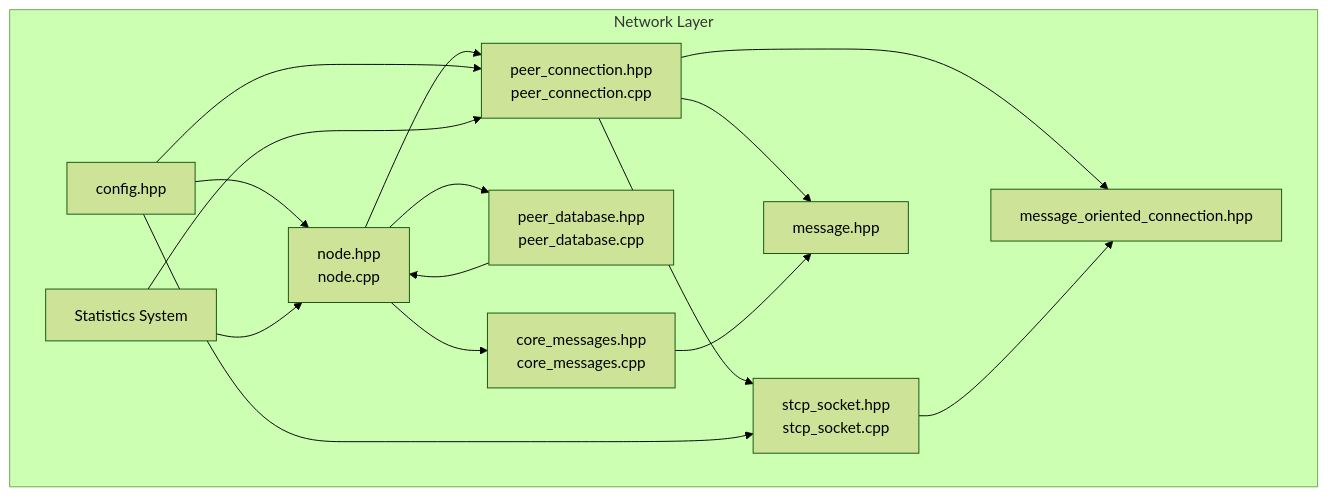
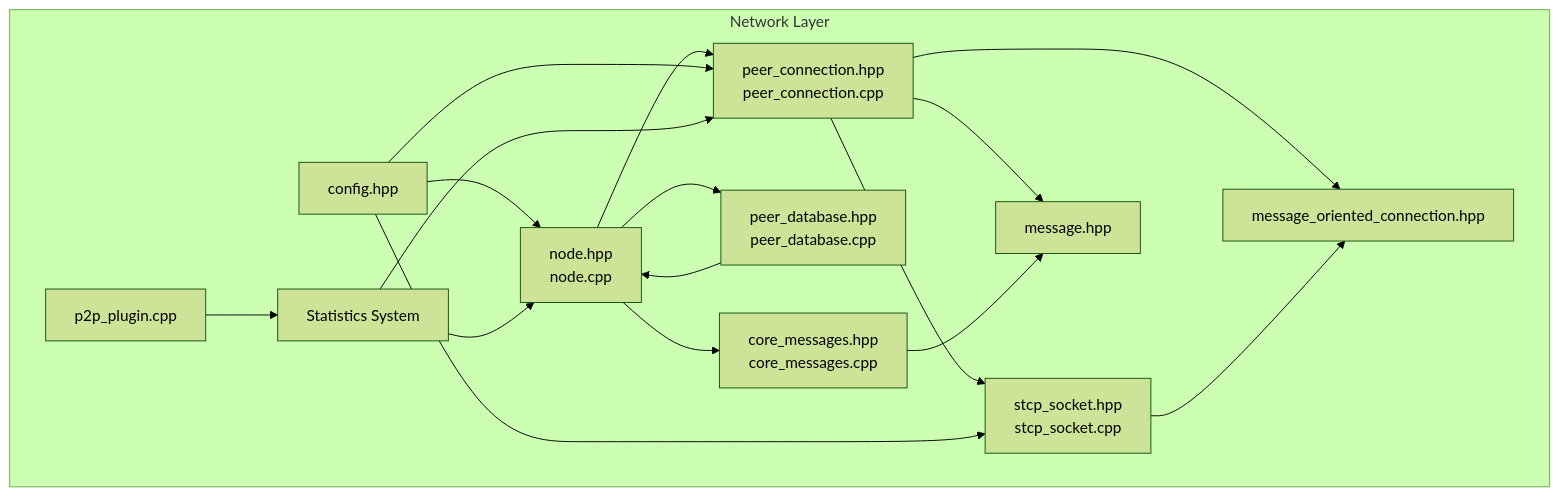
The first of 12 diagrams in .qoder/repowiki/en/content/Architecture Overview/Core Libraries/Network Library/Network Library.md (VIZ-Blockchain/viz-cpp-node), drawn with Mermaid (forest theme) before and after one commit. The commit also changed other lines of this file and 6 other files, not shown here.

````diff
--- a/.qoder/repowiki/en/content/Architecture Overview/Core Libraries/Network Library/Network Library.md
+++ b/.qoder/repowiki/en/content/Architecture Overview/Core Libraries/Network Library/Network Library.md
@@ -56,28 +58,30 @@
 ```mermaid
 graph TB
 subgraph "Network Layer"
 N["node.hpp<br/>node.cpp"]
 PC["peer_connection.hpp<br/>peer_connection.cpp"]
 MSG["message.hpp"]
 CM["core_messages.hpp<br/>core_messages.cpp"]
 STCP["stcp_socket.hpp<br/>stcp_socket.cpp"]
 PD["peer_database.hpp<br/>peer_database.cpp"]
 MOC["message_oriented_connection.hpp"]
 CFG["config.hpp"]
 STATS["Statistics System"]
+P2P["p2p_plugin.cpp"]
 end
 N --> PC
 N --> PD
 N --> CM
 PC --> MOC
 PC --> STCP
 PC --> MSG
 CM --> MSG
 STCP --> MOC
 PD --> N
 CFG --> N
 CFG --> PC
 CFG --> STCP
 STATS --> N
 STATS --> PC
+P2P --> STATS
 ```
````
